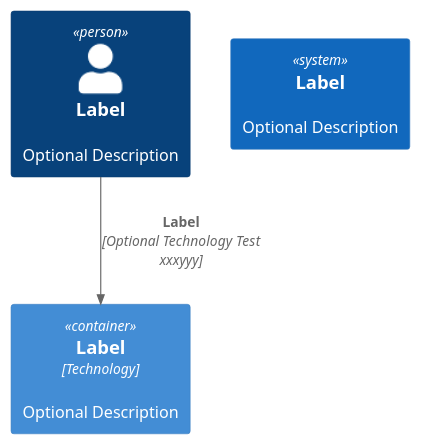
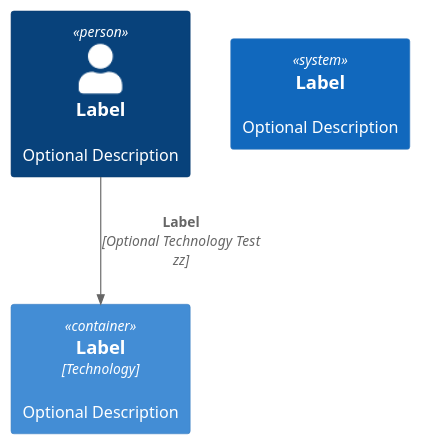
One commit to budgiedownunder/maze changed the diagram in diagrams/maze.puml. Above: the diagram before and after it, drawn with PlantUML. The commit also changed 1 other file, not shown here.

```diff
--- a/diagrams/maze.puml
+++ b/diagrams/maze.puml
@@ -1,9 +1,9 @@
 @startuml maze_project
 !include includes/C4_Container.puml
 
 Person(personAlias, "Label", "Optional Description")
 Container(containerAlias, "Label", "Technology", "Optional Description")
 System(systemAlias, "Label", "Optional Description")
 
-Rel(personAlias, containerAlias, "Label", "Optional Technology Test xxxyyy")
+Rel(personAlias, containerAlias, "Label", "Optional Technology Test zz")
 @enduml
```
